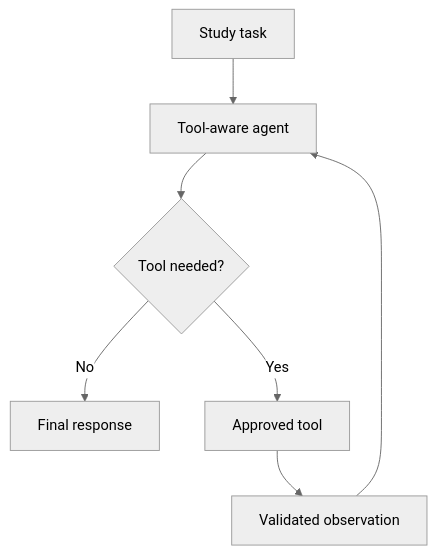
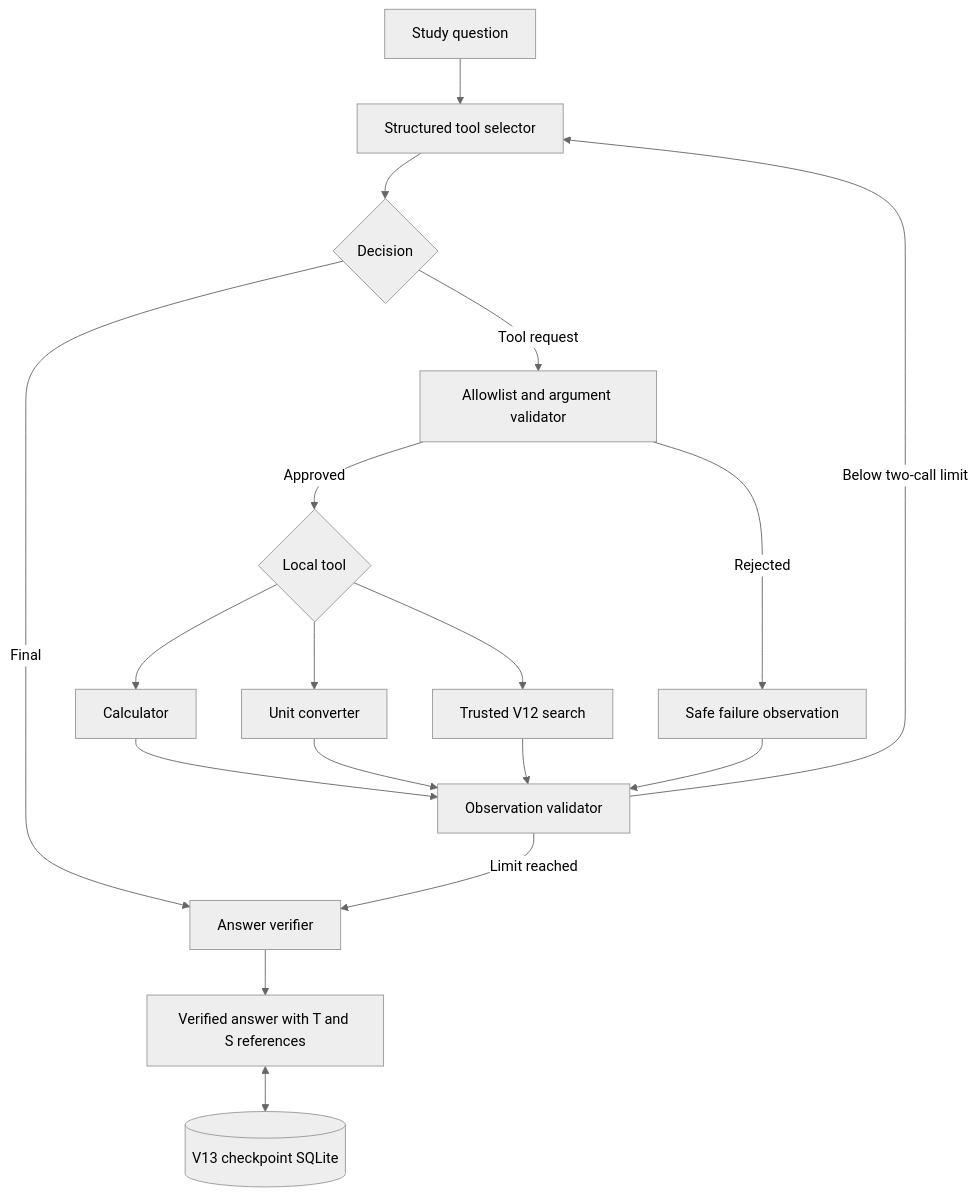
Diagram 15 of 20 in docs/ARCHITECTURE.md (anne500/multi-agent-study-guide), drawn with Mermaid (neutral theme) before and after one commit. The commit also changed other lines of this file and 5 other files, not shown here.

Commit message:
Add V13 controlled tool-using study agent

````diff
--- a/docs/ARCHITECTURE.md
+++ b/docs/ARCHITECTURE.md
@@ -277,9 +277,20 @@
 ```mermaid
 flowchart TD
-    A[Study task] --> B[Tool-aware agent]
-    B --> C{Tool needed?}
-    C -->|No| D[Final response]
-    C -->|Yes| E[Approved tool]
-    E --> F[Validated observation]
-    F --> B
+    A[Study question] --> B[Structured tool selector]
+    B --> C{Decision}
+    C -->|Final| D[Answer verifier]
+    C -->|Tool request| E[Allowlist and argument validator]
+    E -->|Rejected| F[Safe failure observation]
+    E -->|Approved| G{Local tool}
+    G --> H[Calculator]
+    G --> I[Unit converter]
+    G --> J[Trusted V12 search]
+    H --> K[Observation validator]
+    I --> K
+    J --> K
+    F --> K
+    K -->|Below two-call limit| B
+    K -->|Limit reached| D
+    D --> L[Verified answer with T and S references]
+    L <--> M[(V13 checkpoint SQLite)]
 ```
````
